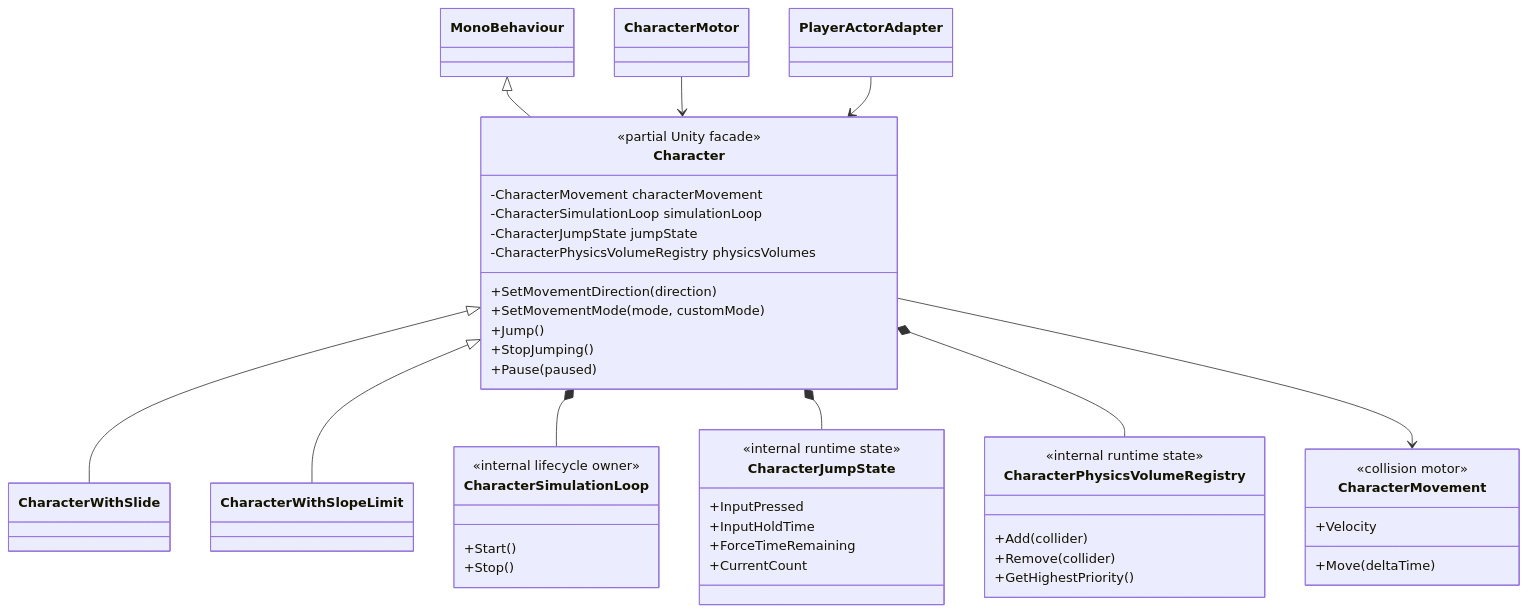
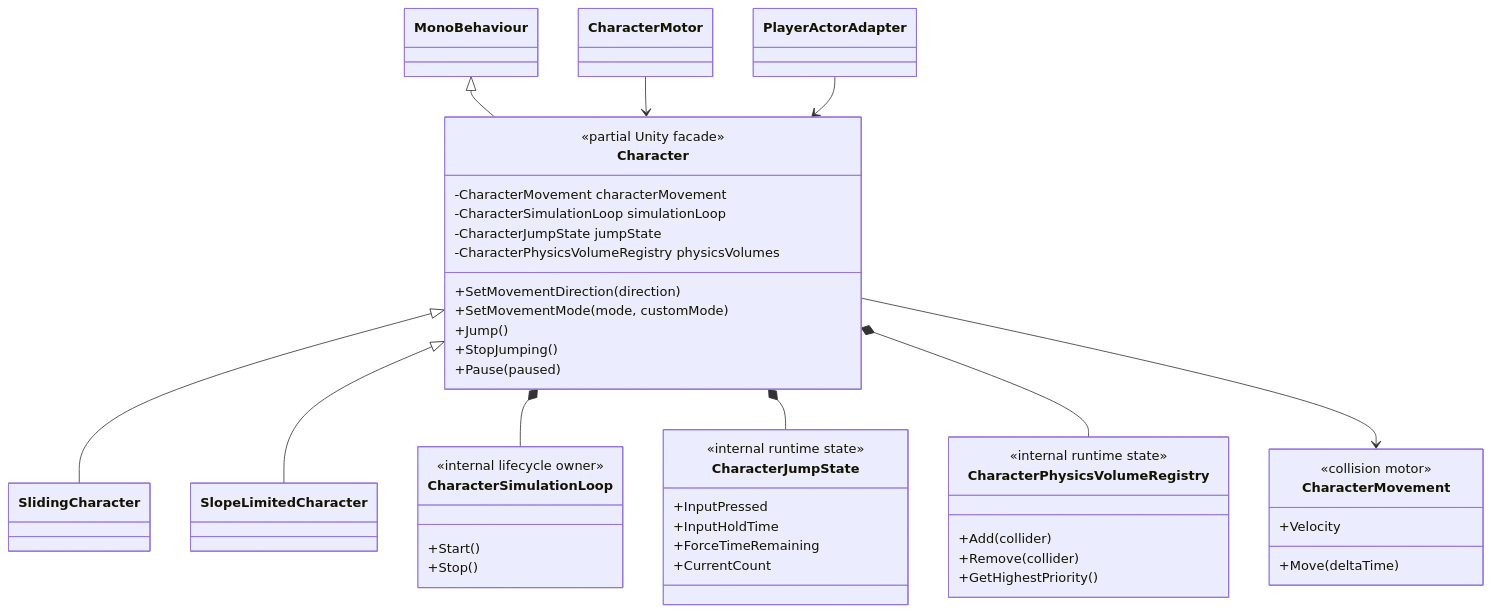
One commit to MaximFonariuc/project-s changed the first of 2 diagrams in Docs/Architecture/Character.Simulation.md. Above: the diagram before and after it, drawn with Mermaid. The commit also changed other lines of this file and 116 other files, not shown here.

````diff
--- a/Docs/Architecture/Character.Simulation.md
+++ b/Docs/Architecture/Character.Simulation.md
@@ -9,53 +9,53 @@
 ```mermaid
 classDiagram
     class MonoBehaviour
     class Character {
         <<partial Unity facade>>
         -CharacterMovement characterMovement
         -CharacterSimulationLoop simulationLoop
         -CharacterJumpState jumpState
         -CharacterPhysicsVolumeRegistry physicsVolumes
         +SetMovementDirection(direction)
         +SetMovementMode(mode, customMode)
         +Jump()
         +StopJumping()
         +Pause(paused)
     }
-    class CharacterWithSlide
-    class CharacterWithSlopeLimit
+    class SlidingCharacter
+    class SlopeLimitedCharacter
     class CharacterMovement {
         <<collision motor>>
         +Velocity
         +Move(deltaTime)
     }
     class CharacterSimulationLoop {
         <<internal lifecycle owner>>
         +Start()
         +Stop()
     }
     class CharacterJumpState {
         <<internal runtime state>>
         +InputPressed
         +InputHoldTime
         +ForceTimeRemaining
         +CurrentCount
     }
     class CharacterPhysicsVolumeRegistry {
         <<internal runtime state>>
         +Add(collider)
         +Remove(collider)
         +GetHighestPriority()
     }
     class CharacterMotor
     class PlayerActorAdapter
 
     MonoBehaviour <|-- Character
-    Character <|-- CharacterWithSlide
-    Character <|-- CharacterWithSlopeLimit
+    Character <|-- SlidingCharacter
+    Character <|-- SlopeLimitedCharacter
     Character *-- CharacterSimulationLoop
     Character *-- CharacterJumpState
     Character *-- CharacterPhysicsVolumeRegistry
     Character --> CharacterMovement
     CharacterMotor --> Character
     PlayerActorAdapter --> Character
 ```
````
